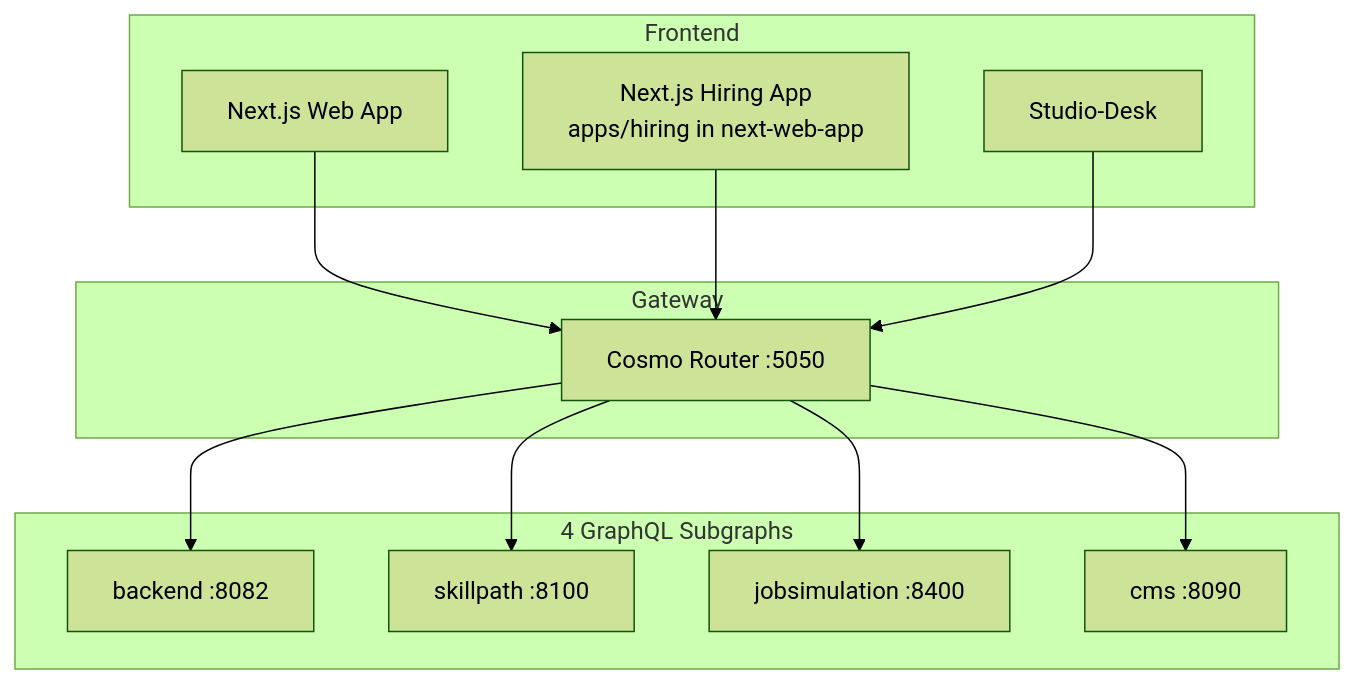
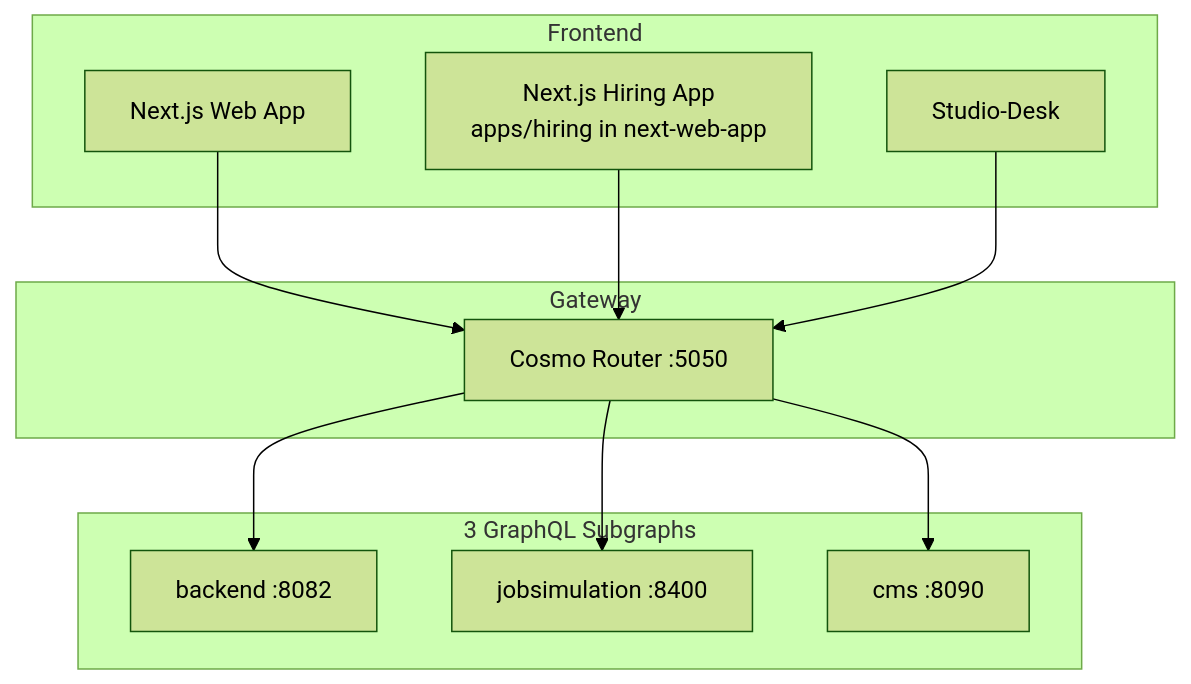
One commit to anthropos-work/rosetta changed the third of 3 diagrams in corpus/architecture/external_services.md. Above: the diagram before and after it, drawn with Mermaid (forest theme). The commit also changed other lines of this file and 26 other files, not shown here.

````diff
--- a/corpus/architecture/external_services.md
+++ b/corpus/architecture/external_services.md
@@ -320,27 +320,25 @@
 ```mermaid
 graph TB
     subgraph Frontend
         Web[Next.js Web App]
         Hiring[Next.js Hiring App<br/>apps/hiring in next-web-app]
         Desk[Studio-Desk]
     end
 
     subgraph Gateway
         WG[Cosmo Router :5050]
     end
 
-    subgraph Subgraphs[4 GraphQL Subgraphs]
+    subgraph Subgraphs[3 GraphQL Subgraphs]
         Backend[backend :8082]
-        Skillpath[skillpath :8100]
         Jobsim[jobsimulation :8400]
         CMS[cms :8090]
     end
 
     Web --> WG
     Hiring --> WG
     Desk --> WG
     WG --> Backend
-    WG --> Skillpath
     WG --> Jobsim
     WG --> CMS
 ```
````
